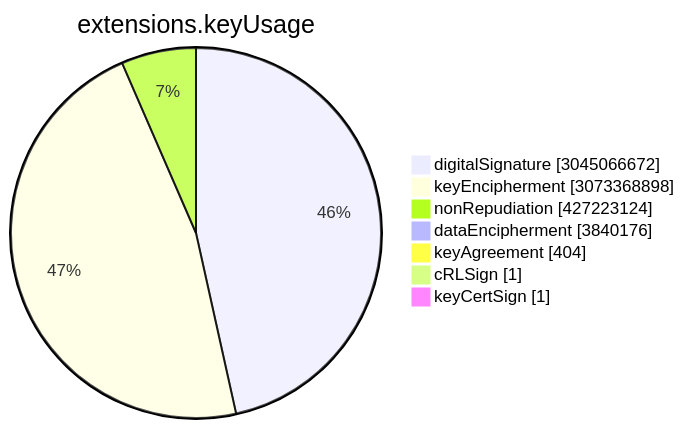
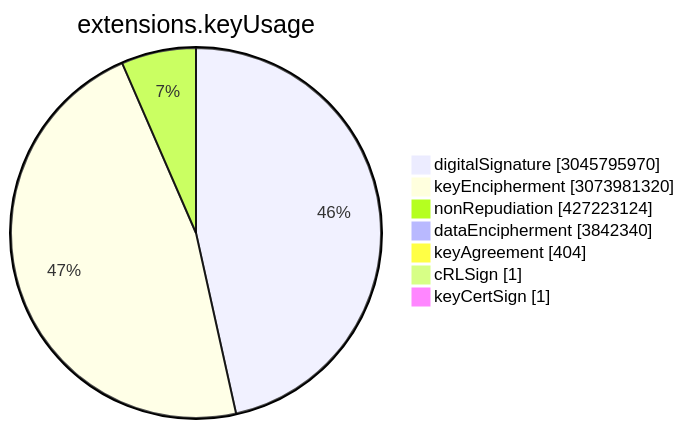
Before and after one commit to christiankrug/ctmonitor_visualization: the sixth of 15 diagrams in TOTAL/README.md, drawn with Mermaid. The commit also changed other lines of this file, not shown here.

````diff
--- a/TOTAL/README.md
+++ b/TOTAL/README.md
@@ -3077,11 +3077,11 @@
 ```mermaid
 pie showData
 title extensions.keyUsage
-"digitalSignature" :3045066672
-"keyEncipherment" :3073368898
+"digitalSignature" :3045795970
+"keyEncipherment" :3073981320
 "nonRepudiation" :427223124
-"dataEncipherment" :3840176
+"dataEncipherment" :3842340
 "keyAgreement" :404
 "cRLSign" :1
 "keyCertSign" :1
 ```
````
